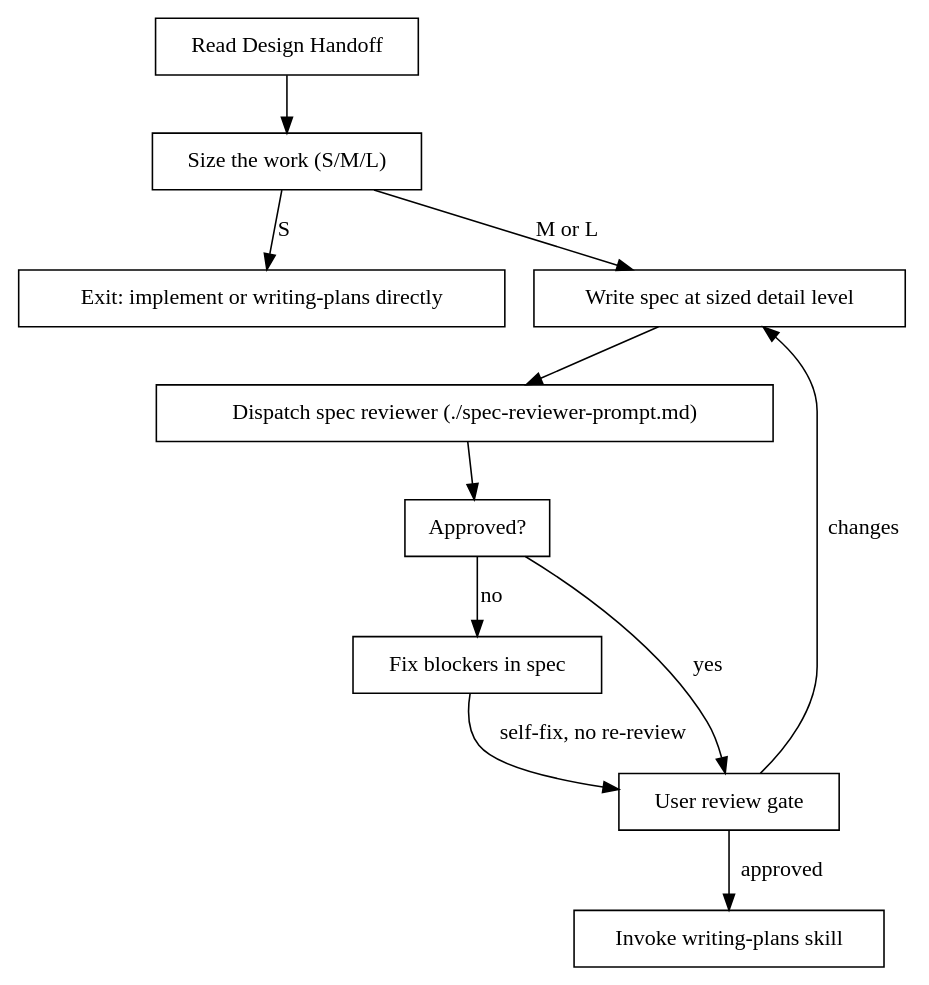
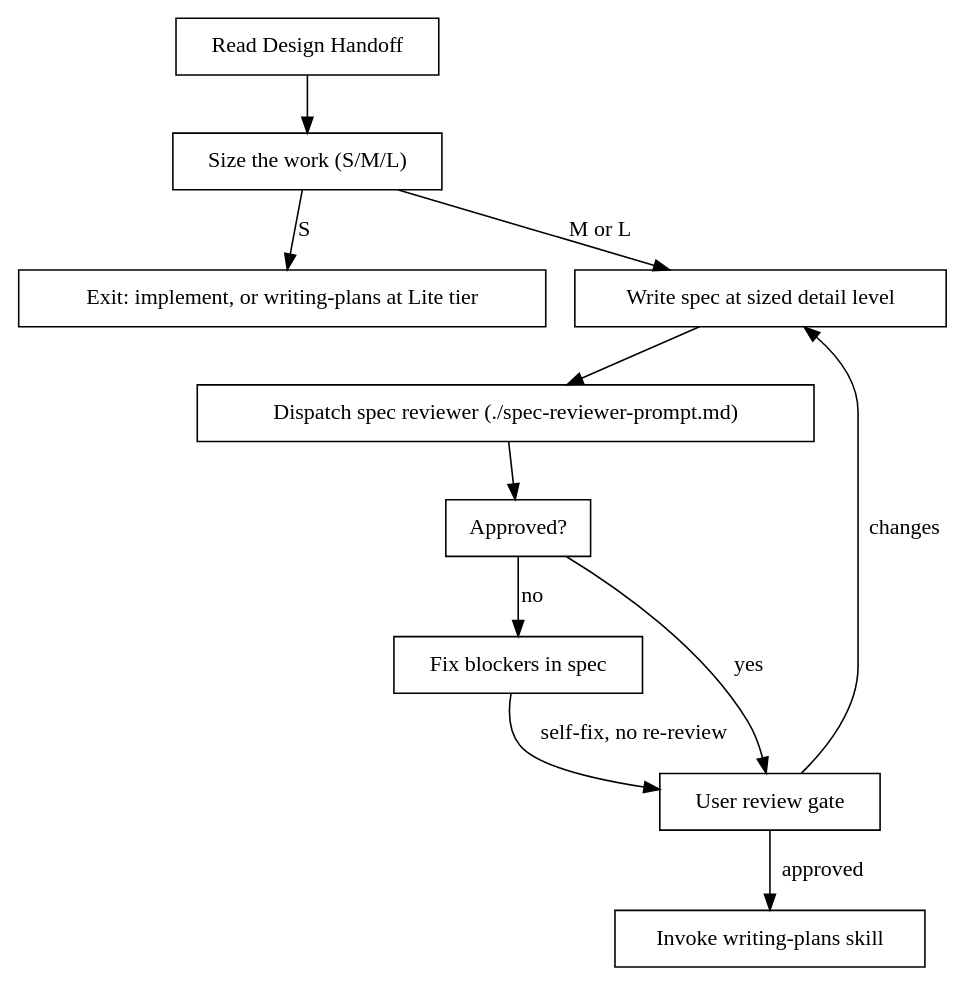
One commit to D3nnis72/Playbook changed the diagram in skills/write-spec/SKILL.md. Above: the diagram before and after it, drawn with Graphviz. The commit also changed other lines of this file and 7 other files, not shown here.

````diff
--- a/skills/write-spec/SKILL.md
+++ b/skills/write-spec/SKILL.md
@@ -37,17 +37,17 @@
 ```dot
 digraph write_spec {
     rankdir=TB;
     node [shape=box];
 
     "Read Design Handoff" -> "Size the work (S/M/L)";
-    "Size the work (S/M/L)" -> "Exit: implement or writing-plans directly" [label="S"];
+    "Size the work (S/M/L)" -> "Exit: implement, or writing-plans at Lite tier" [label="S"];
     "Size the work (S/M/L)" -> "Write spec at sized detail level" [label="M or L"];
     "Write spec at sized detail level" -> "Dispatch spec reviewer (./spec-reviewer-prompt.md)";
     "Dispatch spec reviewer (./spec-reviewer-prompt.md)" -> "Approved?";
     "Approved?" -> "Fix blockers in spec" [label="no"];
     "Fix blockers in spec" -> "User review gate" [label="self-fix, no re-review"];
     "Approved?" -> "User review gate" [label="yes"];
     "User review gate" -> "Write spec at sized detail level" [label="changes"];
     "User review gate" -> "Invoke writing-plans skill" [label="approved"];
 }
 ```
````
